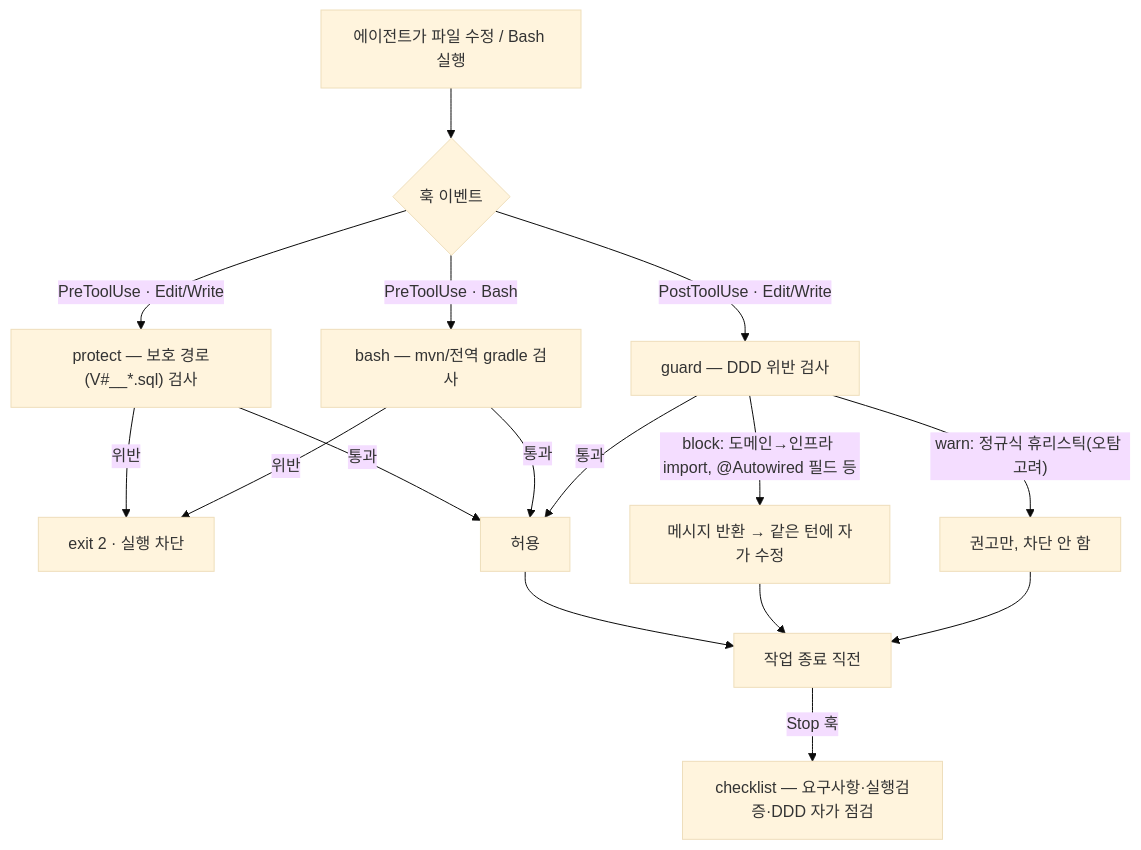
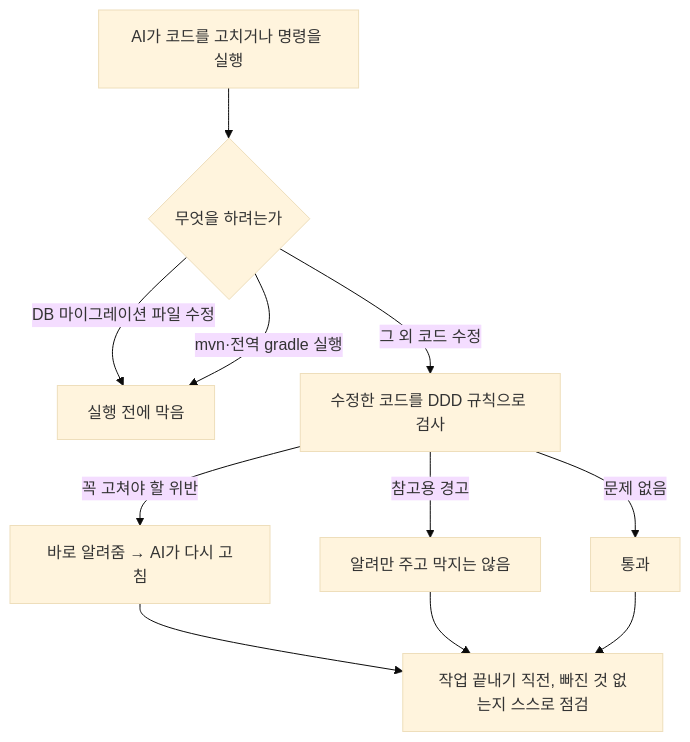
One commit to HongJungWan/opinionated-harness-template changed the first of 4 diagrams in README.md. Above: the diagram before and after it, drawn with Mermaid (base theme). The commit also changed other lines of this file, not shown here.

First line of the commit message:
docs: Rewrite README diagrams in plain language for non-engineers (#5)

````diff
--- a/README.md
+++ b/README.md
@@ -31,18 +31,13 @@
 ```mermaid
 flowchart TD
-    A["에이전트가 파일 수정 / Bash 실행"] --> B{"훅 이벤트"}
-    B -->|"PreToolUse · Edit/Write"| C["protect — 보호 경로(V#__*.sql) 검사"]
-    B -->|"PreToolUse · Bash"| D["bash — mvn/전역 gradle 검사"]
-    B -->|"PostToolUse · Edit/Write"| E["guard — DDD 위반 검사"]
-    C -->|"위반"| X["exit 2 · 실행 차단"]
-    D -->|"위반"| X
-    C -->|"통과"| OK["허용"]
-    D -->|"통과"| OK
-    E -->|"block: 도메인→인프라 import, @Autowired 필드 등"| F["메시지 반환 → 같은 턴에 자가 수정"]
-    E -->|"warn: 정규식 휴리스틱(오탐 고려)"| G["권고만, 차단 안 함"]
-    E -->|"통과"| OK
-    OK --> S["작업 종료 직전"]
-    F --> S
-    G --> S
-    S -->|"Stop 훅"| H["checklist — 요구사항·실행검증·DDD 자가 점검"]
+    A["AI가 코드를 고치거나 명령을 실행"] --> B{"무엇을 하려는가"}
+    B -->|"DB 마이그레이션 파일 수정"| C["실행 전에 막음"]
+    B -->|"mvn·전역 gradle 실행"| C
+    B -->|"그 외 코드 수정"| D["수정한 코드를 DDD 규칙으로 검사"]
+    D -->|"꼭 고쳐야 할 위반"| E["바로 알려줌 → AI가 다시 고침"]
+    D -->|"참고용 경고"| F["알려만 주고 막지는 않음"]
+    D -->|"문제 없음"| G["통과"]
+    E --> H["작업 끝내기 직전, 빠진 것 없는지 스스로 점검"]
+    F --> H
+    G --> H
 ```
````
